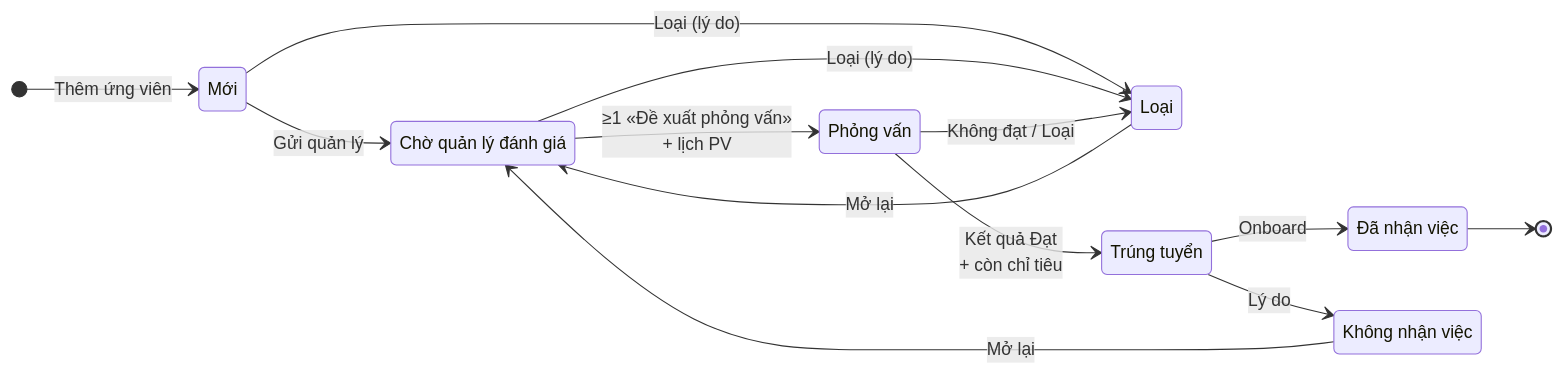
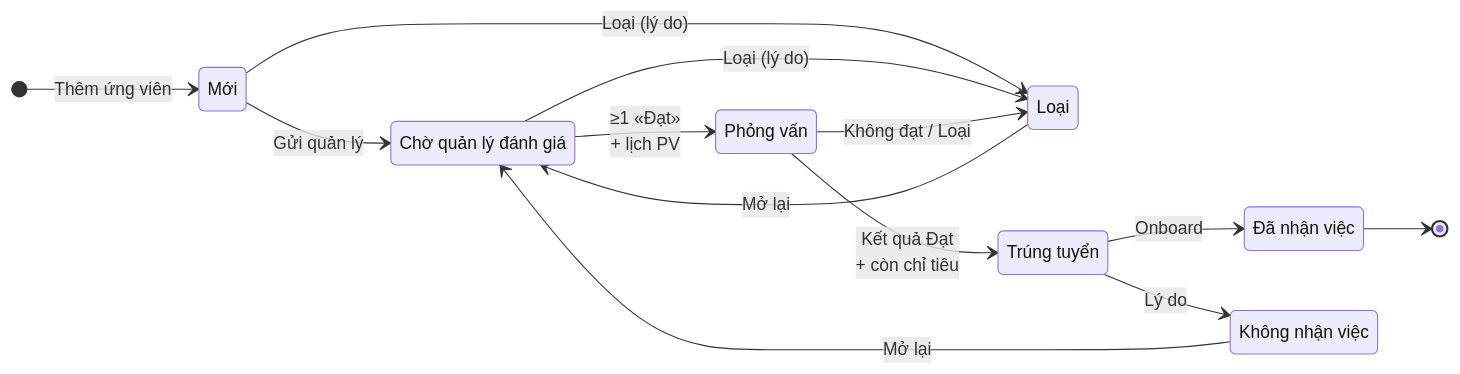
One commit to trieuvuong262/examHMBP changed the second of 3 diagrams in docs/tuyen_dung/HUONG_DAN_TUYEN_DUNG.md. Above: the diagram before and after it, drawn with Mermaid. The commit also changed other lines of this file and 10 other files, not shown here.

````diff
--- a/docs/tuyen_dung/HUONG_DAN_TUYEN_DUNG.md
+++ b/docs/tuyen_dung/HUONG_DAN_TUYEN_DUNG.md
@@ -164,24 +164,24 @@
 ```mermaid
 stateDiagram-v2
     direction LR
     [*] --> Moi: Thêm ứng viên
     Moi --> ChoDanhGia: Gửi quản lý
     Moi --> Loai: Loại (lý do)
-    ChoDanhGia --> PhongVan: ≥1 «Đề xuất phỏng vấn»<br/>+ lịch PV
+    ChoDanhGia --> PhongVan: ≥1 «Đạt»<br/>+ lịch PV
     ChoDanhGia --> Loai: Loại (lý do)
     PhongVan --> TrungTuyen: Kết quả Đạt<br/>+ còn chỉ tiêu
     PhongVan --> Loai: Không đạt / Loại
     TrungTuyen --> DaNhanViec: Onboard
     TrungTuyen --> KhongNhanViec: Lý do
     Loai --> ChoDanhGia: Mở lại
     KhongNhanViec --> ChoDanhGia: Mở lại
     DaNhanViec --> [*]
 
     state "Mới" as Moi
     state "Chờ quản lý đánh giá" as ChoDanhGia
     state "Phỏng vấn" as PhongVan
     state "Trúng tuyển" as TrungTuyen
     state "Đã nhận việc" as DaNhanViec
     state "Không nhận việc" as KhongNhanViec
     state "Loại" as Loai
 ```
````
